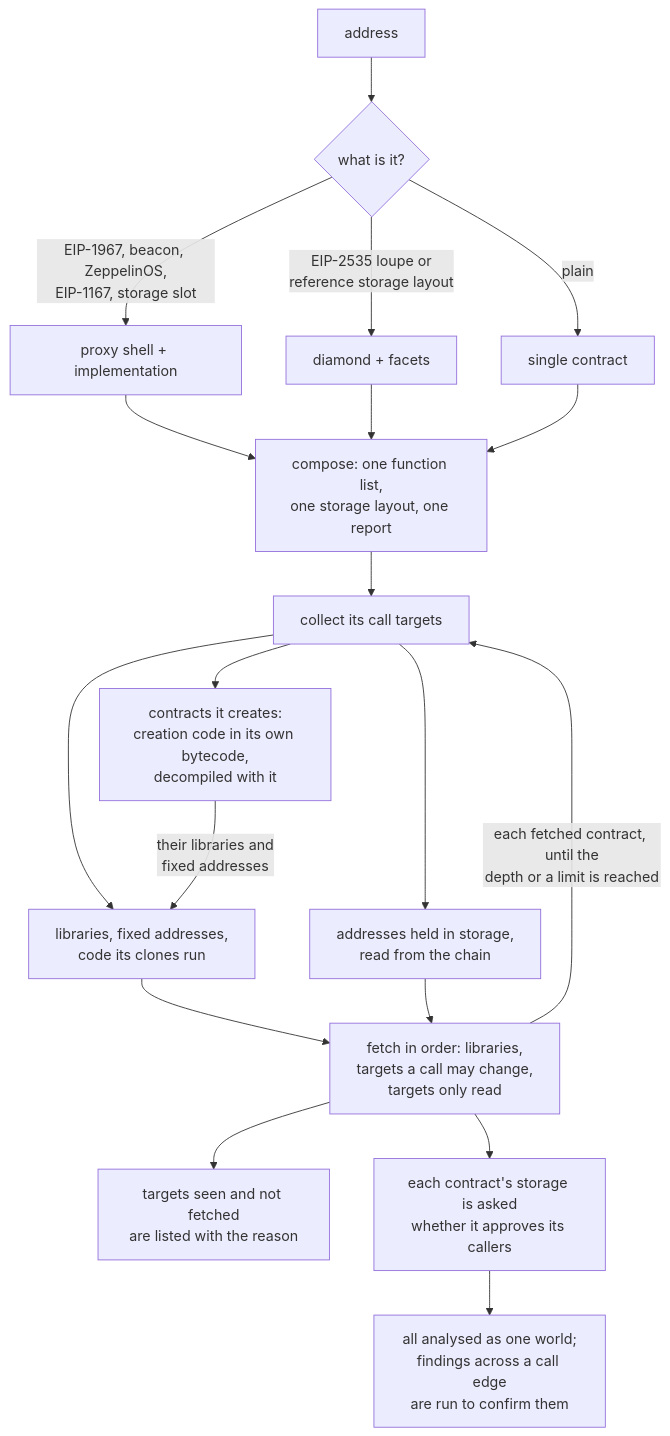
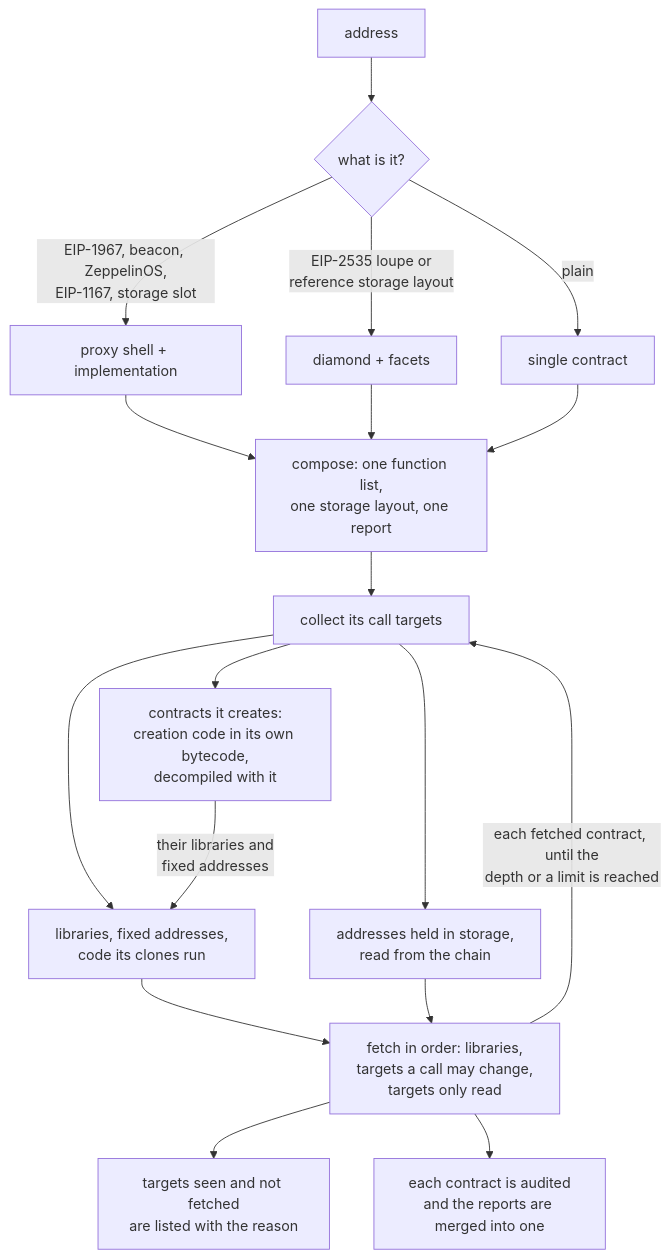
One commit to rink3y/Evmdec changed the second of 3 diagrams in README.md. Above: the diagram before and after it, drawn with Mermaid. The commit also changed other lines of this file and 1 other file, not shown here.

````diff
--- a/README.md
+++ b/README.md
@@ -110,21 +100,20 @@
 ```mermaid
 flowchart TD
     A[address] --> B{what is it?}
     B -->|EIP-1967, beacon, ZeppelinOS,<br/>EIP-1167, storage slot| C[proxy shell + implementation]
     B -->|EIP-2535 loupe or<br/>reference storage layout| D[diamond + facets]
     B -->|plain| E[single contract]
     C --> F[compose: one function list,<br/>one storage layout, one report]
     D --> F
     E --> F
     F --> T[collect its call targets]
     T --> G[libraries, fixed addresses,<br/>code its clones run]
     T --> H[addresses held in storage,<br/>read from the chain]
     T --> M[contracts it creates:<br/>creation code in its own bytecode,<br/>decompiled with it]
     M -->|their libraries and<br/>fixed addresses| G
     G --> I[fetch in order: libraries,<br/>targets a call may change,<br/>targets only read]
     H --> I
     I -->|each fetched contract, until the<br/>depth or a limit is reached| T
     I --> U[targets seen and not fetched<br/>are listed with the reason]
-    I --> J[each contract's storage is asked<br/>whether it approves its callers]
-    J --> K[all analysed as one world;<br/>findings across a call edge<br/>are run to confirm them]
+    I --> K[each contract is audited<br/>and the reports are merged into one]
 ```
````
